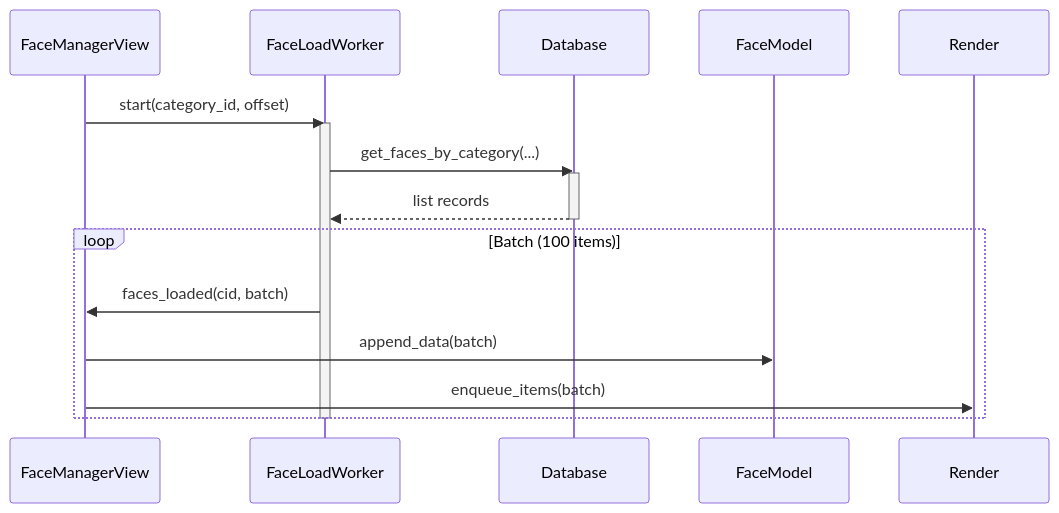
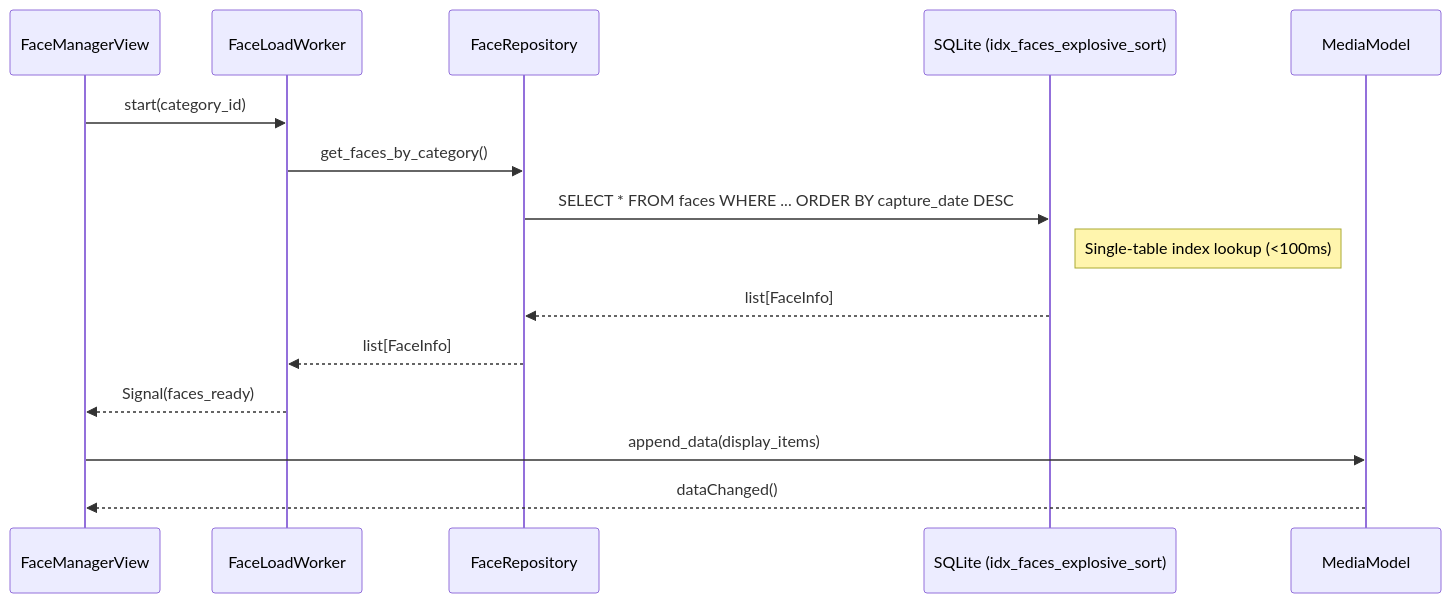
Before and after one commit to osakabe/PhotoArrange: the second of 3 diagrams in docs/design/sequence_diagram.md, drawn with Mermaid. The commit also changed other lines of this file and 118 other files, not shown here.

Commit message:
Architectural refactoring, repository pattern implementation, and performance optimization (v4.5)

````diff
--- a/docs/design/sequence_diagram.md
+++ b/docs/design/sequence_diagram.md
@@ -4,21 +34,18 @@
 ```mermaid
 sequenceDiagram
-    participant UI as FaceManagerView
-    participant Worker as FaceLoadWorker
-    participant DB as Database
-    participant Model as FaceModel
+    participant V as FaceManagerView
+    participant W as FaceLoadWorker
+    participant R as FaceRepository
+    participant DB as SQLite (idx_faces_explosive_sort)
+    participant Model as MediaModel
 
-    UI->>Worker: start(category_id, offset)
-    activate Worker
-    Worker->>DB: get_faces_by_category(...)
-    activate DB
-    DB-->>Worker: list records
-    deactivate DB
-    
-    loop Batch (100 items)
-        Worker->>UI: faces_loaded(cid, batch)
-        UI->>Model: append_data(batch)
-        UI->>Render: enqueue_items(batch)
-    end
-    deactivate Worker
+    V->>W: start(category_id)
+    W->>R: get_faces_by_category()
+    R->>DB: SELECT * FROM faces WHERE ... ORDER BY capture_date DESC
+    Note right of DB: Single-table index lookup (<100ms)
+    DB-->>R: list[FaceInfo]
+    R-->>W: list[FaceInfo]
+    W-->>V: Signal(faces_ready)
+    V->>Model: append_data(display_items)
+    Model-->>V: dataChanged()
 ```
````
